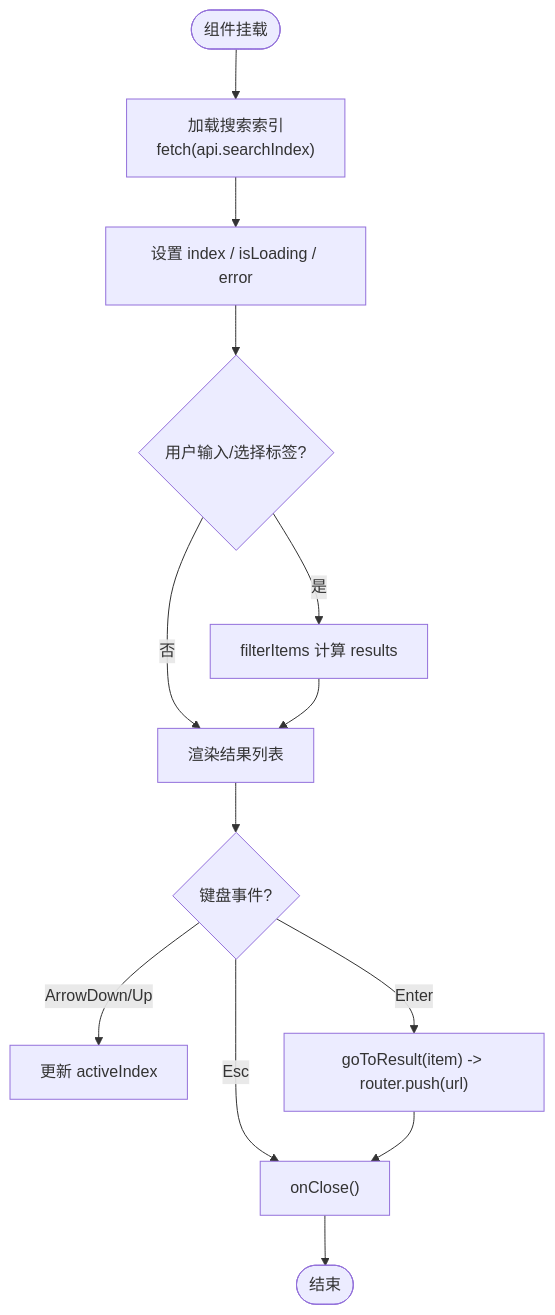
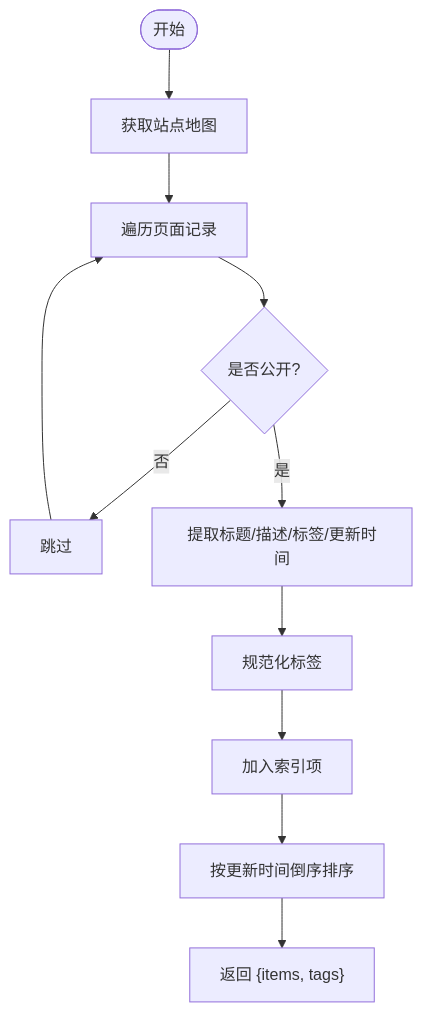
One commit to PhysicalMouse/nextjs-notion-starter-kit changed the fourth of 5 diagrams in .qoder/repowiki/zh/content/搜索功能/搜索 UI 组件.md. Above: the diagram before and after it, drawn with Mermaid. The commit also changed other lines of this file and 186 other files, not shown here.

````diff
--- a/.qoder/repowiki/zh/content/搜索功能/搜索 UI 组件.md
+++ b/.qoder/repowiki/zh/content/搜索功能/搜索 UI 组件.md
@@ -124,15 +231,13 @@
 ```mermaid
 flowchart TD
-Start(["组件挂载"]) --> LoadIndex["加载搜索索引<br/>fetch(api.searchIndex)"]
-LoadIndex --> SetState["设置 index / isLoading / error"]
-SetState --> UserInput{"用户输入/选择标签?"}
-UserInput --> |是| Filter["filterItems 计算 results"]
-UserInput --> |否| Render["渲染结果列表"]
-Filter --> Render
-Render --> Keyboard{"键盘事件?"}
-Keyboard --> |Esc| Close["onClose()"]
-Keyboard --> |ArrowDown/Up| Move["更新 activeIndex"]
-Keyboard --> |Enter| Navigate["goToResult(item) -> router.push(url)"]
-Navigate --> Close
-Close --> End(["结束"])
+Start(["开始"]) --> GetSiteMap["获取站点地图"]
+GetSiteMap --> IteratePages["遍历页面记录"]
+IteratePages --> CheckPublic{"是否公开?"}
+CheckPublic --> |否| Skip["跳过"]
+CheckPublic --> |是| Extract["提取标题/描述/标签/更新时间"]
+Extract --> NormalizeTags["规范化标签"]
+NormalizeTags --> AddItem["加入索引项"]
+AddItem --> Sort["按更新时间倒序排序"]
+Sort --> Return["返回 {items, tags}"]
+Skip --> IteratePages
 ```
````
